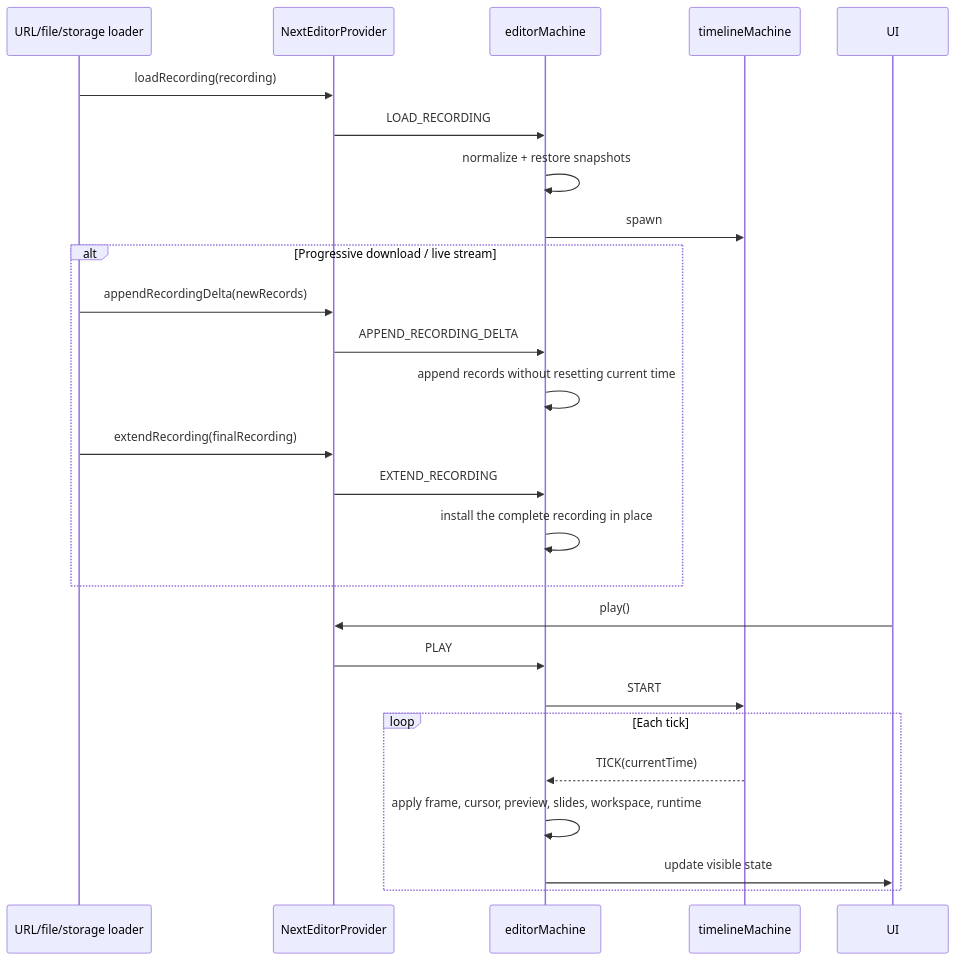
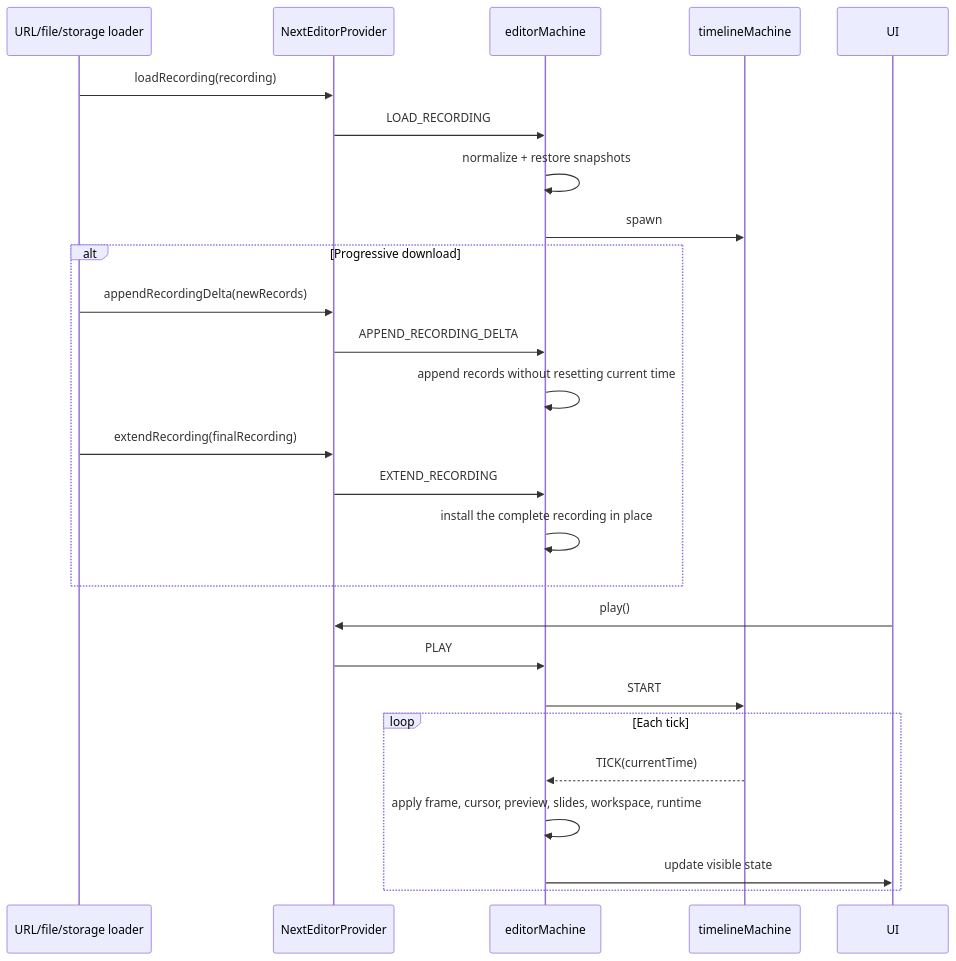
Before and after one commit to channyeintun/next-editor: the third of 6 diagrams in docs/data-flow.md, drawn with Mermaid. The commit also changed other lines of this file and 25 other files, not shown here.

````diff
--- a/docs/data-flow.md
+++ b/docs/data-flow.md
@@ -94,32 +89,32 @@
 ```mermaid
 sequenceDiagram
     participant Loader as URL/file/storage loader
     participant Provider as NextEditorProvider
     participant Machine as editorMachine
     participant Timeline as timelineMachine
     participant UI
 
     Loader->>Provider: loadRecording(recording)
     Provider->>Machine: LOAD_RECORDING
     Machine->>Machine: normalize + restore snapshots
     Machine->>Timeline: spawn
 
-    alt Progressive download / live stream
+    alt Progressive download
         Loader->>Provider: appendRecordingDelta(newRecords)
         Provider->>Machine: APPEND_RECORDING_DELTA
         Machine->>Machine: append records without resetting current time
         Loader->>Provider: extendRecording(finalRecording)
         Provider->>Machine: EXTEND_RECORDING
         Machine->>Machine: install the complete recording in place
     end
 
     UI->>Provider: play()
     Provider->>Machine: PLAY
     Machine->>Timeline: START
 
     loop Each tick
         Timeline-->>Machine: TICK(currentTime)
         Machine->>Machine: apply frame, cursor, preview, slides, workspace, runtime
         Machine->>UI: update visible state
     end
 ```
````
